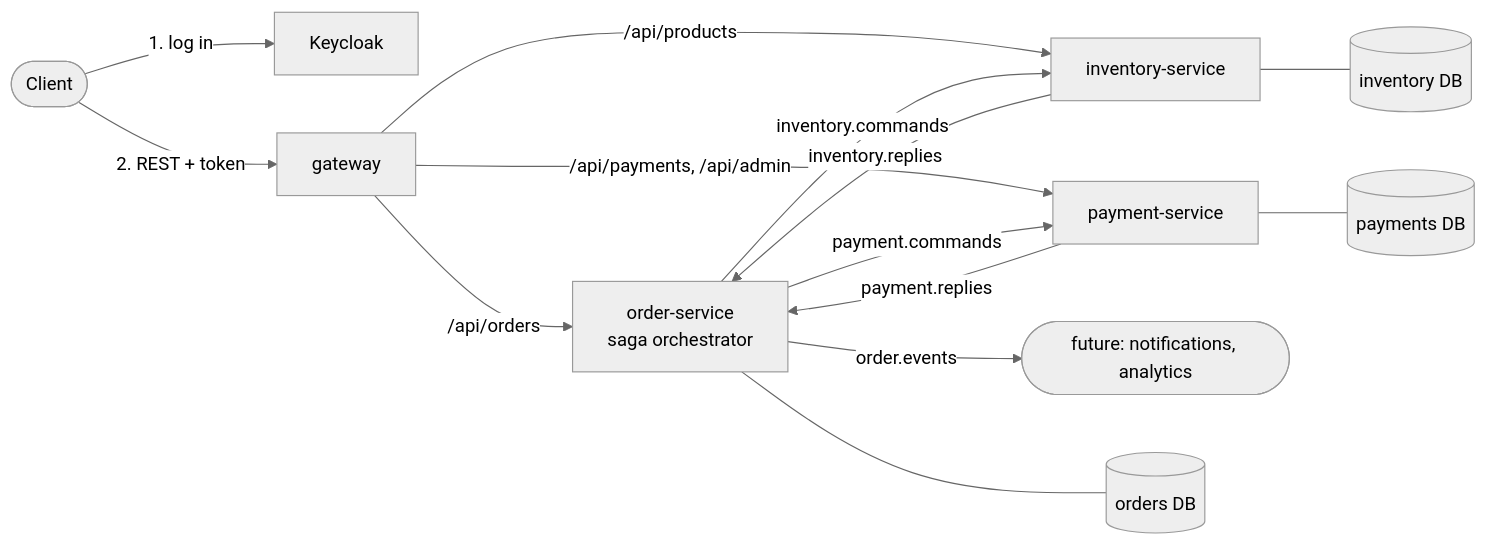
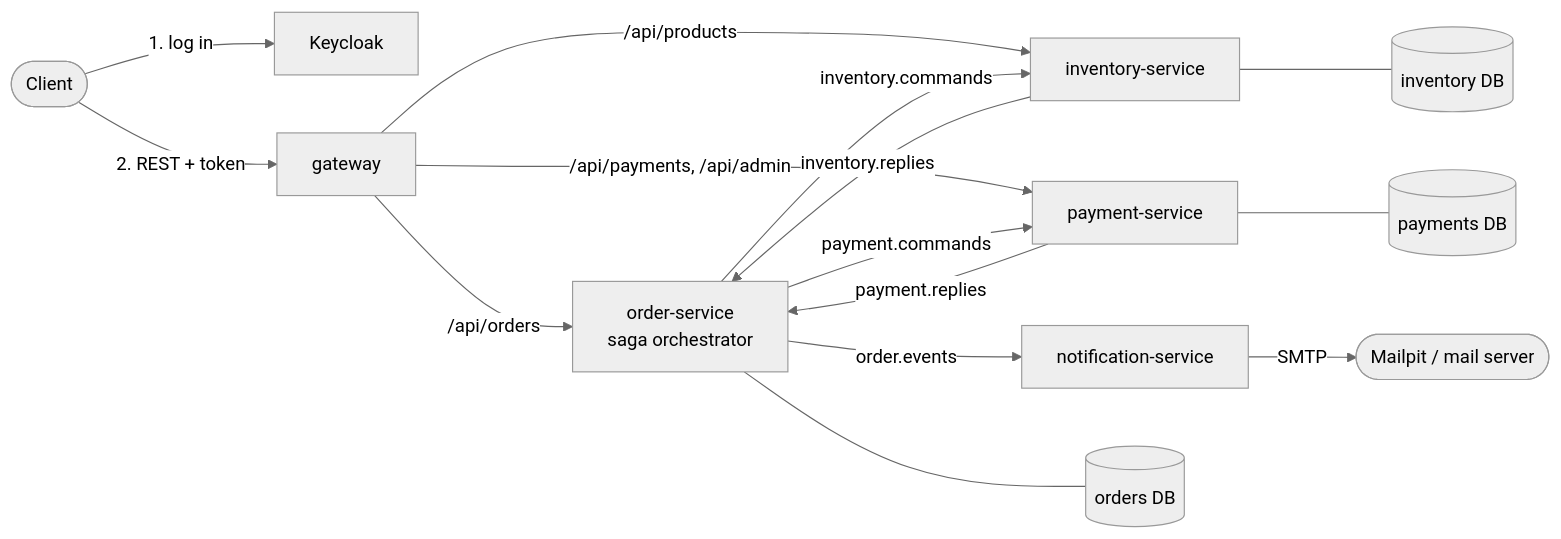
Before and after one commit to Zeralius/orderflow: the first of 3 diagrams in README.md, drawn with Mermaid (neutral theme). The commit also changed other lines of this file and 57 other files, not shown here.

````diff
--- a/README.md
+++ b/README.md
@@ -11,16 +11,17 @@
 ```mermaid
 flowchart LR
     client([Client]) -->|"1. log in"| keycloak[Keycloak]
     client -->|"2. REST + token"| gateway[gateway]
     gateway -->|/api/orders| order[order-service<br/>saga orchestrator]
     gateway -->|/api/products| inventory
     gateway -->|"/api/payments, /api/admin"| payment
     order -->|inventory.commands| inventory[inventory-service]
     inventory -->|inventory.replies| order
     order -->|payment.commands| payment[payment-service]
     payment -->|payment.replies| order
-    order -->|order.events| consumers([future: notifications, analytics])
+    order -->|order.events| notification[notification-service]
+    notification -->|SMTP| mail([Mailpit / mail server])
     order --- odb[(orders DB)]
     inventory --- idb[(inventory DB)]
     payment --- pdb[(payments DB)]
 ```
````
